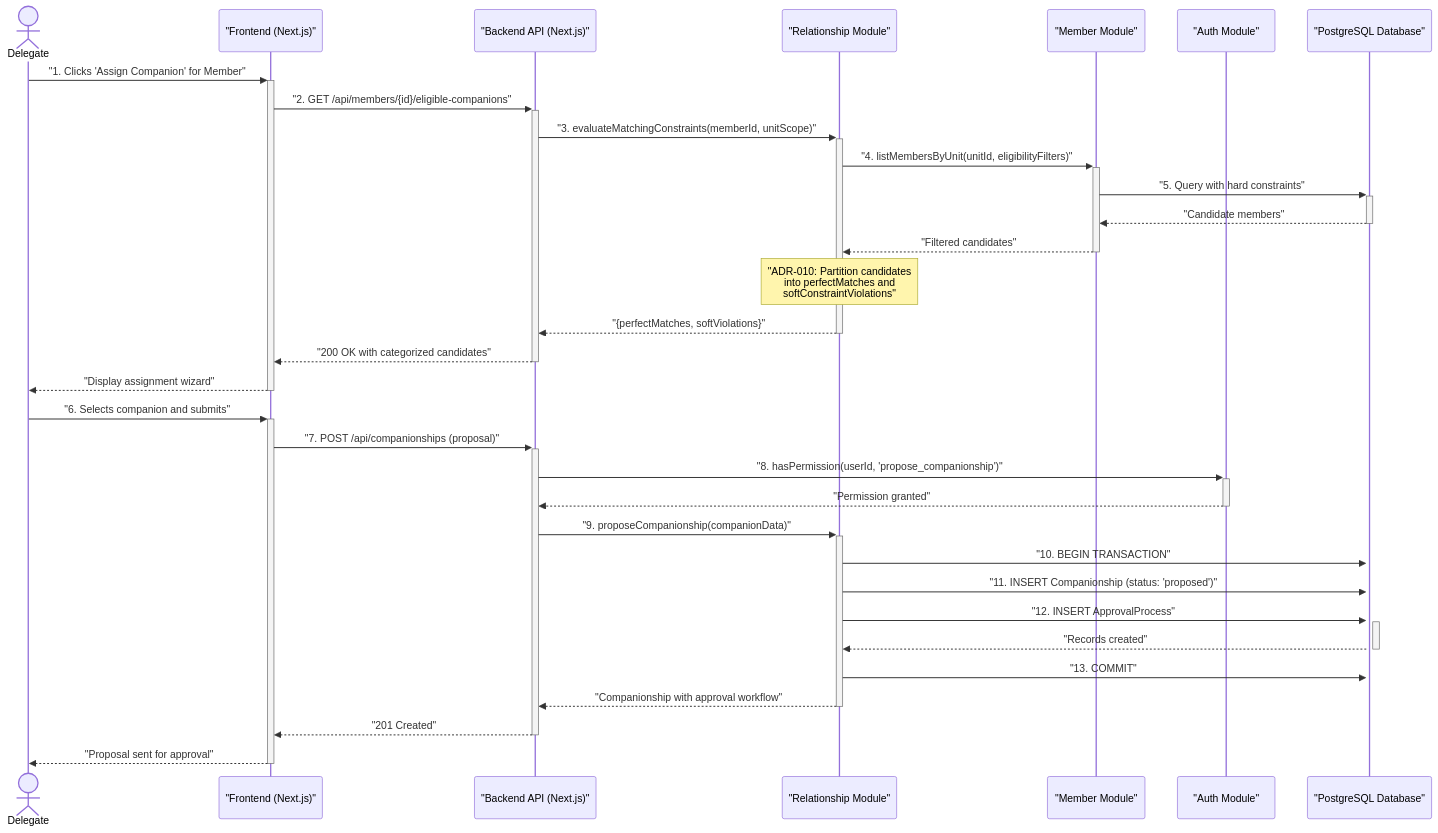
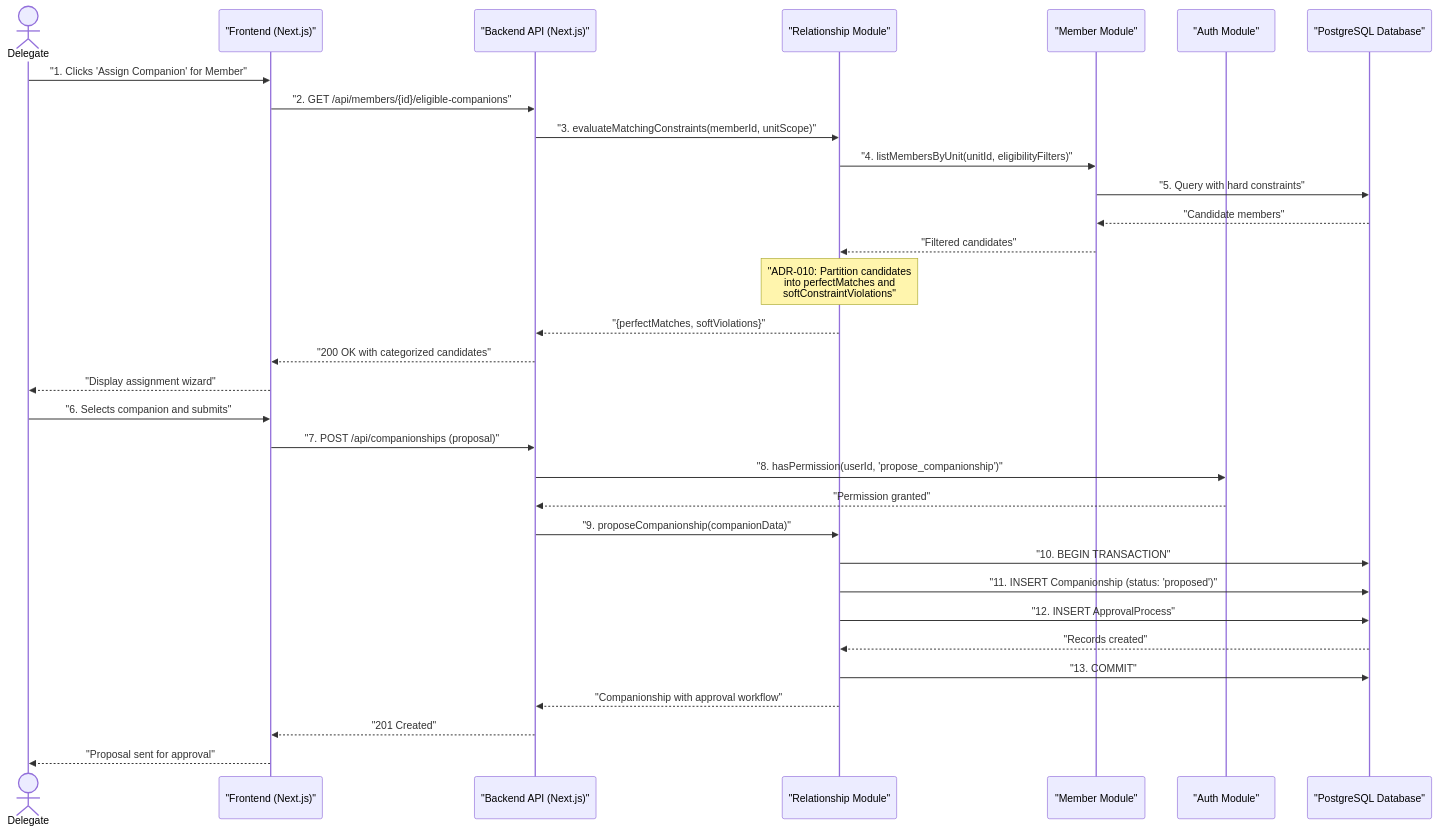
Before and after one commit to greg-latuszek/emma-companionship: the eighth of 13 diagrams in docs/architecture.md, drawn with Mermaid. The commit also changed other lines of this file, not shown here.

First line of the commit message:
fix diagrams rendering

````diff
--- a/docs/architecture.md
+++ b/docs/architecture.md
@@ -703,39 +703,39 @@
 ```mermaid
 sequenceDiagram
     actor User as Delegate
     participant FE as "Frontend (Next.js)"
     participant API as "Backend API (Next.js)"
     participant Relationship as "Relationship Module"
     participant Member as "Member Module"
     participant Auth as "Auth Module"
     participant DB as "PostgreSQL Database"
 
-    User->>+FE: "1. Clicks 'Assign Companion' for Member"
-    FE->>+API: "2. GET /api/members/{id}/eligible-companions"
-    API->>+Relationship: "3. evaluateMatchingConstraints(memberId, unitScope)"
-    Relationship->>+Member: "4. listMembersByUnit(unitId, eligibilityFilters)"
-    Member->>+DB: "5. Query with hard constraints"
-    DB-->>-Member: "Candidate members"
-    Member-->>-Relationship: "Filtered candidates"
+    User->>FE: "1. Clicks 'Assign Companion' for Member"
+    FE->>API: "2. GET /api/members/{id}/eligible-companions"
+    API->>Relationship: "3. evaluateMatchingConstraints(memberId, unitScope)"
+    Relationship->>Member: "4. listMembersByUnit(unitId, eligibilityFilters)"
+    Member->>DB: "5. Query with hard constraints"
+    DB-->>Member: "Candidate members"
+    Member-->>Relationship: "Filtered candidates"
     
     Note over Relationship: "ADR-010: Partition candidates<br/>into perfectMatches and<br/>softConstraintViolations"
     
-    Relationship-->>-API: "{perfectMatches, softViolations}"
-    API-->>-FE: "200 OK with categorized candidates"
-    FE-->>-User: "Display assignment wizard"
+    Relationship-->>API: "{perfectMatches, softViolations}"
+    API-->>FE: "200 OK with categorized candidates"
+    FE-->>User: "Display assignment wizard"
 
-    User->>+FE: "6. Selects companion and submits"
-    FE->>+API: "7. POST /api/companionships (proposal)"
-    API->>+Auth: "8. hasPermission(userId, 'propose_companionship')"
-    Auth-->>-API: "Permission granted"
+    User->>FE: "6. Selects companion and submits"
+    FE->>API: "7. POST /api/companionships (proposal)"
+    API->>Auth: "8. hasPermission(userId, 'propose_companionship')"
+    Auth-->>API: "Permission granted"
     
-    API->>+Relationship: "9. proposeCompanionship(companionData)"
-    Relationship->>+DB: "10. BEGIN TRANSACTION"
-    Relationship->>+DB: "11. INSERT Companionship (status: 'proposed')"
-    Relationship->>+DB: "12. INSERT ApprovalProcess"
-    DB-->>-Relationship: "Records created"
-    Relationship->>+DB: "13. COMMIT"
-    Relationship-->>-API: "Companionship with approval workflow"
-    API-->>-FE: "201 Created"
-    FE-->>-User: "Proposal sent for approval"
+    API->>Relationship: "9. proposeCompanionship(companionData)"
+    Relationship->>DB: "10. BEGIN TRANSACTION"
+    Relationship->>DB: "11. INSERT Companionship (status: 'proposed')"
+    Relationship->>DB: "12. INSERT ApprovalProcess"
+    DB-->>Relationship: "Records created"
+    Relationship->>DB: "13. COMMIT"
+    Relationship-->>API: "Companionship with approval workflow"
+    API-->>FE: "201 Created"
+    FE-->>User: "Proposal sent for approval"
 ```
````
